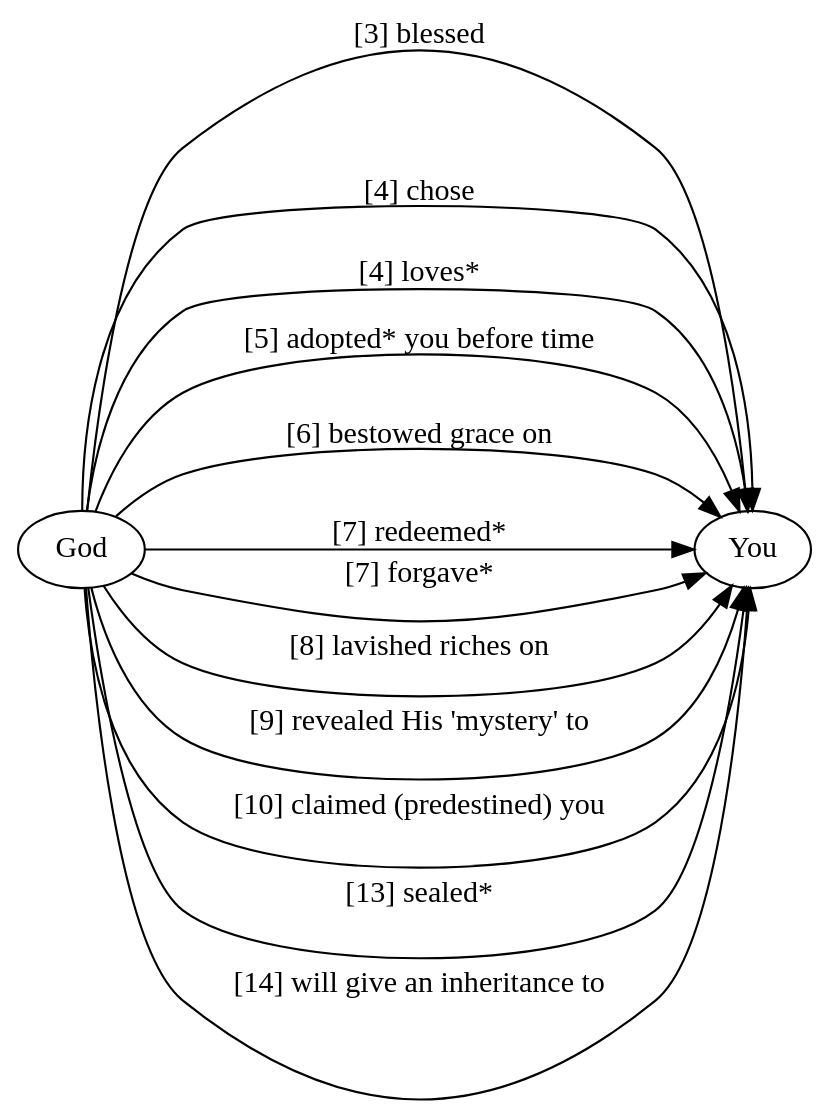
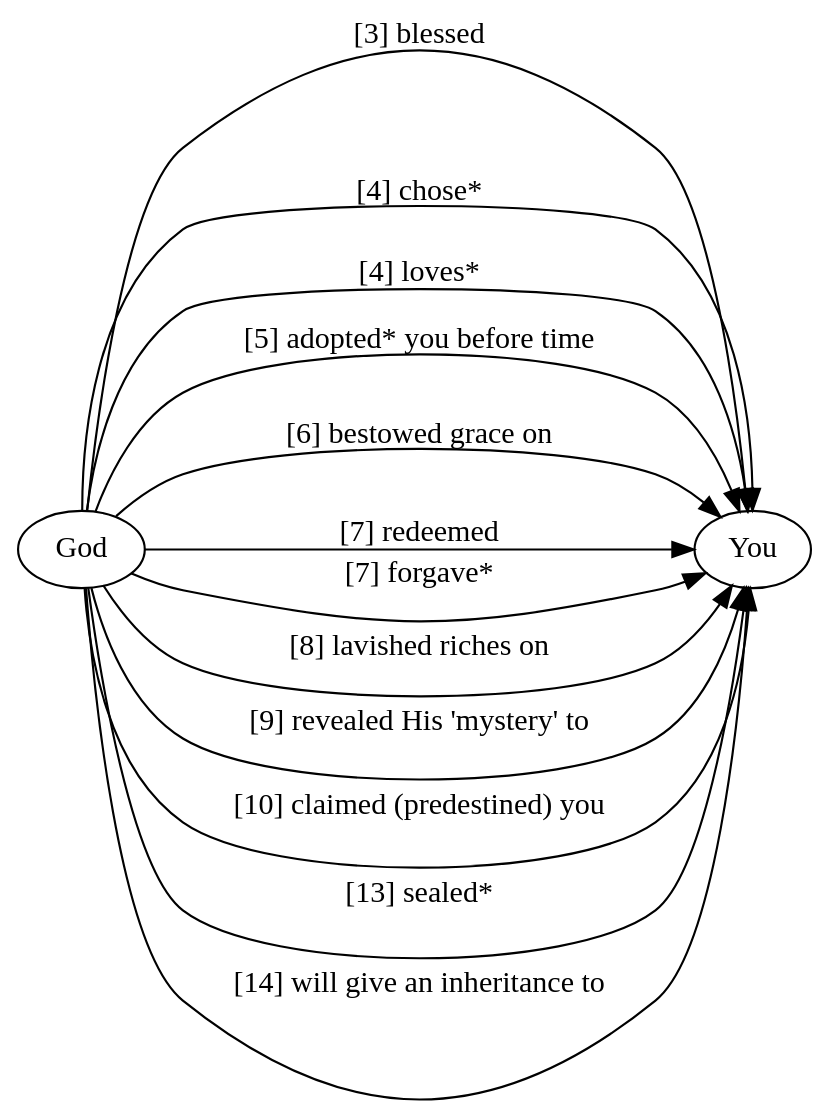
Before and after one commit to theNerd247/sermons: the diagram in personal/identity/identity.dot, drawn with Graphviz. The commit also changed 8 other files, not shown here.

```diff
--- a/personal/identity/identity.dot
+++ b/personal/identity/identity.dot
@@ -1,15 +1,15 @@
 digraph
 { graph [rankdir=LR, size="11!,5", center=1];
   "God" -> "You" [label="[3] blessed"]
-  "God" -> "You" [label="[4] chose"]
+  "God" -> "You" [label="[4] chose*"]
   "God" -> "You" [label="[4] loves*"]
   "God" -> "You" [label="[5] adopted* you before time"]
   "God" -> "You" [label="[6] bestowed grace on"]
-  "God" -> "You" [label="[7] redeemed*"]
+  "God" -> "You" [label="[7] redeemed"]
   "God" -> "You" [label="[7] forgave*"]
   "God" -> "You" [label="[8] lavished riches on"]
   "God" -> "You" [label="[9] revealed His 'mystery' to"]
   "God" -> "You" [label="[10] claimed (predestined) you"]
   "God" -> "You" [label="[13] sealed*"]
   "God" -> "You" [label="[14] will give an inheritance to"]
 }
```
